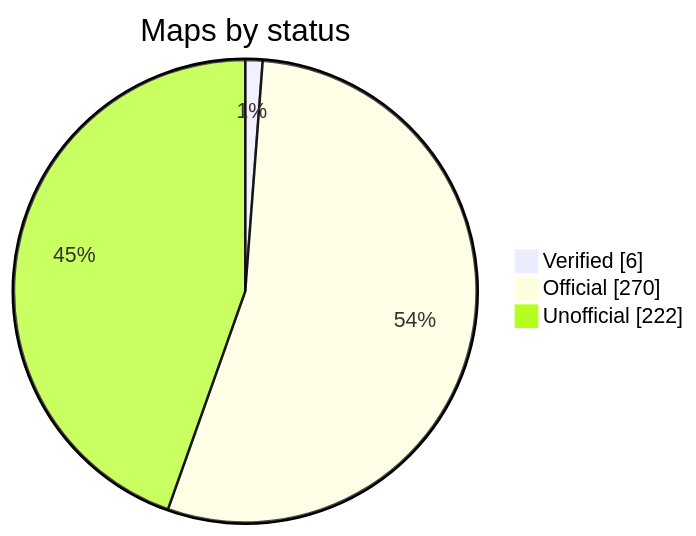
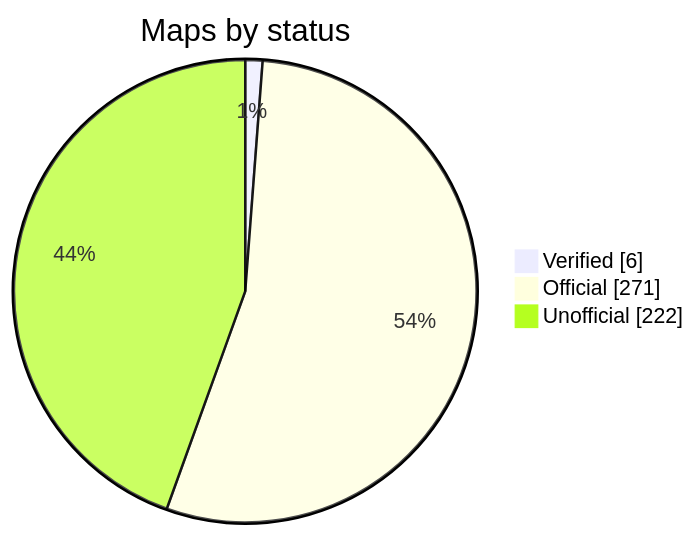
The diagram in README.md (nobrega8/mbmap-library), drawn with Mermaid before and after one commit. The commit also changed 2 other files, not shown here.

Commit message:
Add the Novus DigiRail-VA map (#97)

````diff
--- a/README.md
+++ b/README.md
@@ -48,7 +48,7 @@
 ```mermaid
 pie showData
     title Maps by status
     "Verified" : 6
-    "Official" : 270
+    "Official" : 271
     "Unofficial" : 222
 ```
````
